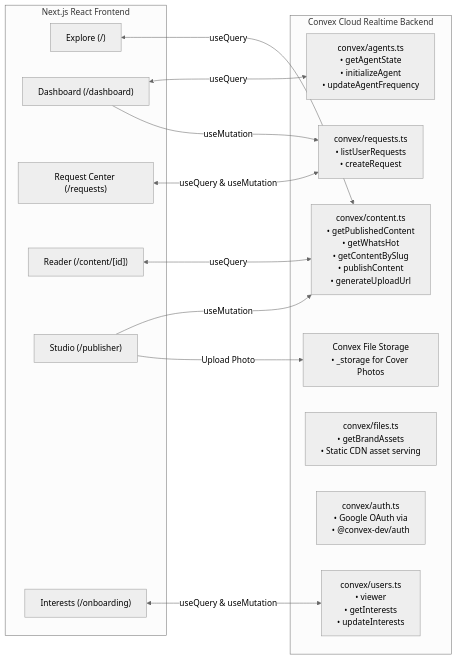
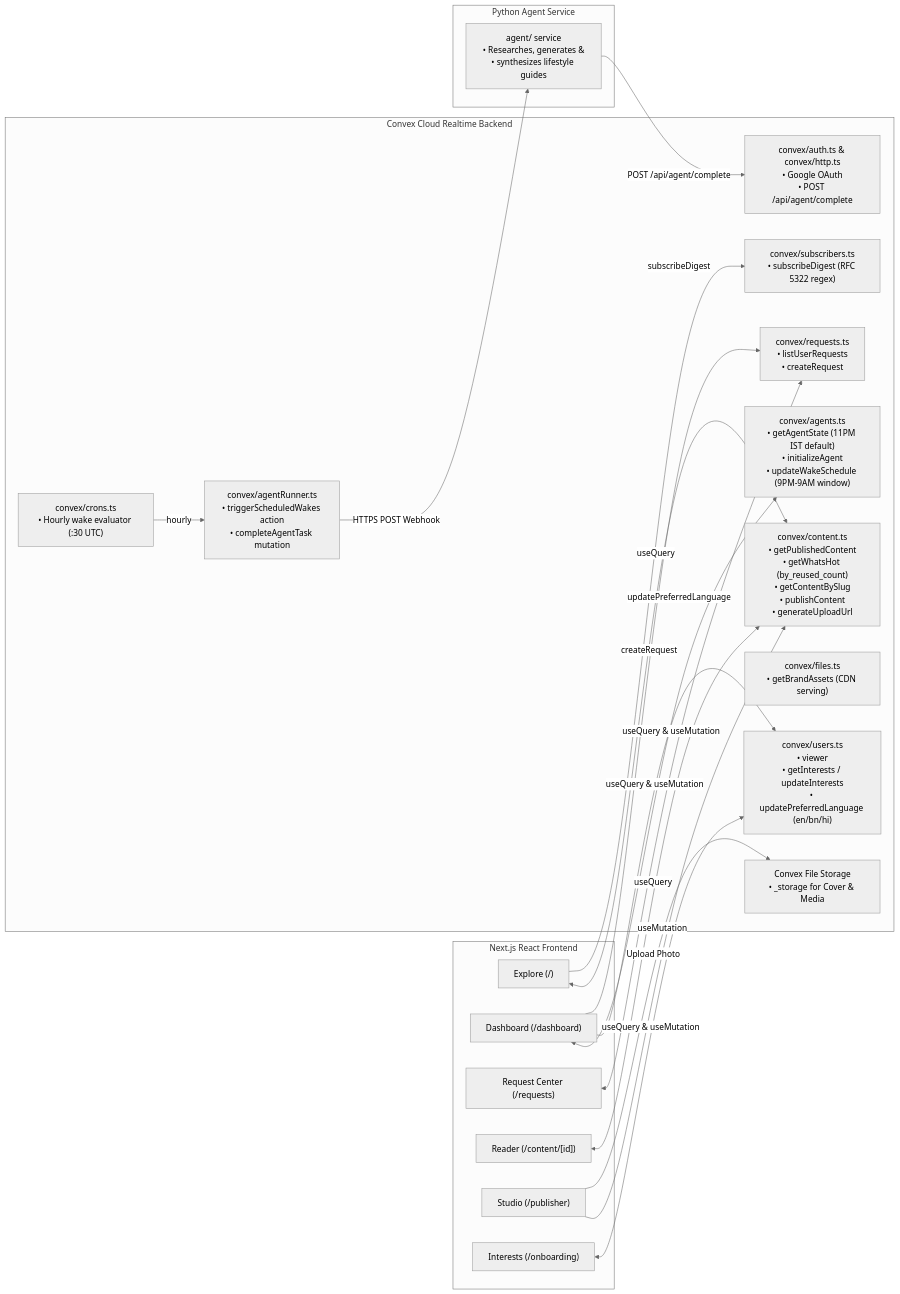
Before and after one commit to AmritSDutta/moitrii_frontend: the diagram in README.md, drawn with Mermaid (neutral theme). The commit also changed other lines of this file and 4 other files, not shown here.

````diff
--- a/README.md
+++ b/README.md
@@ -83,30 +87,43 @@
 ```mermaid
 flowchart LR
     subgraph Frontend ["Next.js React Frontend"]
       P_Home["Explore (/)"]
       P_Dash["Dashboard (/dashboard)"]
       P_Req["Request Center (/requests)"]
       P_Reader["Reader (/content/[id])"]
       P_Pub["Studio (/publisher)"]
       P_Onb["Interests (/onboarding)"]
     end
 
     subgraph ConvexBackend ["Convex Cloud Realtime Backend"]
-      F_Content["convex/content.ts<br/>• getPublishedContent<br/>• getWhatsHot<br/>• getContentBySlug<br/>• publishContent<br/>• generateUploadUrl"]
-      F_Agents["convex/agents.ts<br/>• getAgentState<br/>• initializeAgent<br/>• updateAgentFrequency"]
+      F_Content["convex/content.ts<br/>• getPublishedContent<br/>• getWhatsHot (by_reused_count)<br/>• getContentBySlug<br/>• publishContent<br/>• generateUploadUrl"]
+      F_Agents["convex/agents.ts<br/>• getAgentState (11PM IST default)<br/>• initializeAgent<br/>• updateWakeSchedule (9PM-9AM window)"]
       F_Requests["convex/requests.ts<br/>• listUserRequests<br/>• createRequest"]
-      F_Users["convex/users.ts<br/>• viewer<br/>• getInterests<br/>• updateInterests"]
-      F_Files["convex/files.ts<br/>• getBrandAssets<br/>• Static CDN asset serving"]
-      F_Auth["convex/auth.ts<br/>• Google OAuth via<br/>• @convex-dev/auth"]
-      F_Storage["Convex File Storage<br/>• _storage for Cover Photos"]
+      F_Users["convex/users.ts<br/>• viewer<br/>• getInterests / updateInterests<br/>• updatePreferredLanguage (en/bn/hi)"]
+      F_Subscribers["convex/subscribers.ts<br/>• subscribeDigest (RFC 5322 regex)"]
+      F_Crons["convex/crons.ts<br/>• Hourly wake evaluator (:30 UTC)"]
+      F_Runner["convex/agentRunner.ts<br/>• triggerScheduledWakes action<br/>• completeAgentTask mutation"]
+      F_Files["convex/files.ts<br/>• getBrandAssets (CDN serving)"]
+      F_Auth["convex/auth.ts & convex/http.ts<br/>• Google OAuth<br/>• POST /api/agent/complete"]
+      F_Storage["Convex File Storage<br/>• _storage for Cover & Media"]
+    end
+
+    subgraph ExternalAgent ["Python Agent Service"]
+      AgentService["agent/ service<br/>• Researches, generates &<br/>• synthesizes lifestyle guides"]
     end
 
     P_Home <-->|useQuery| F_Content
+    P_Home -->|subscribeDigest| F_Subscribers
     P_Reader <-->|useQuery| F_Content
     P_Pub -->|useMutation| F_Content
     P_Pub -->|Upload Photo| F_Storage
-    P_Dash <-->|useQuery| F_Agents
-    P_Dash -->|useMutation| F_Requests
+    P_Dash <-->|useQuery & useMutation| F_Agents
+    P_Dash -->|updatePreferredLanguage| F_Users
+    P_Dash -->|createRequest| F_Requests
     P_Req <-->|useQuery & useMutation| F_Requests
     P_Onb <-->|useQuery & useMutation| F_Users
+
+    F_Crons -->|hourly| F_Runner
+    F_Runner -->|HTTPS POST Webhook| AgentService
+    AgentService -->|POST /api/agent/complete| F_Auth
 ```
````
